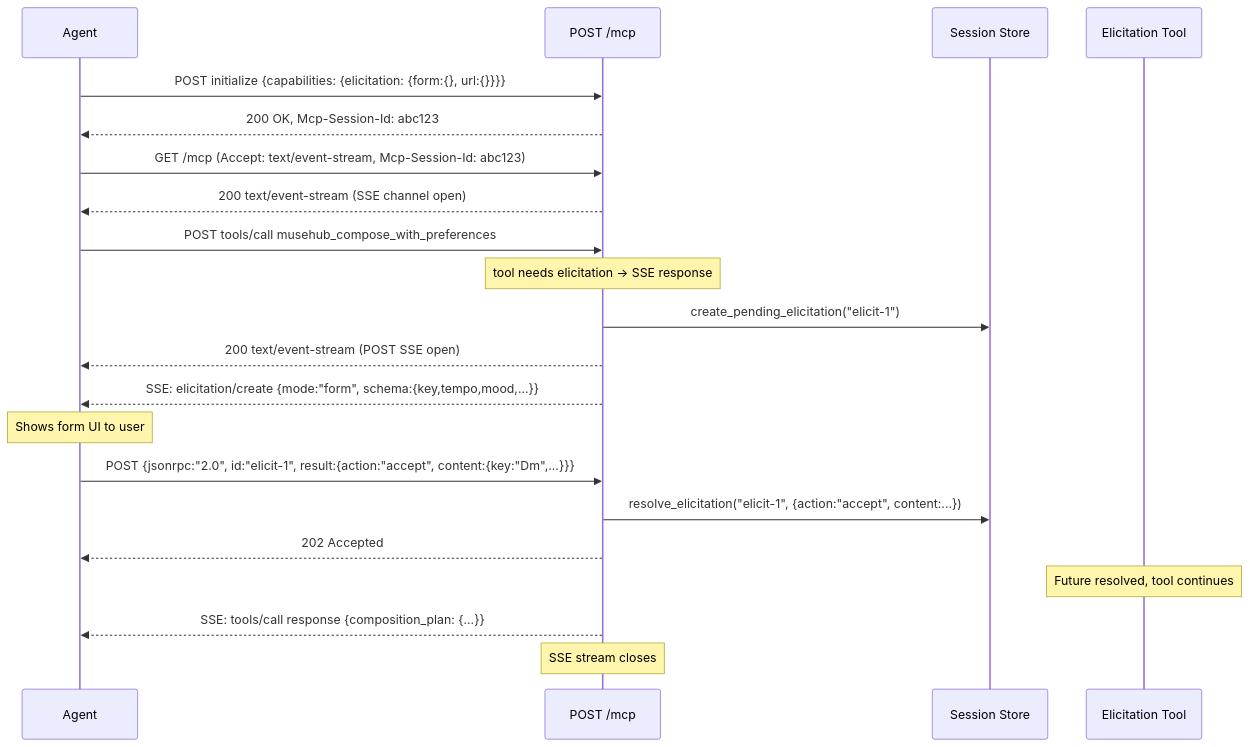
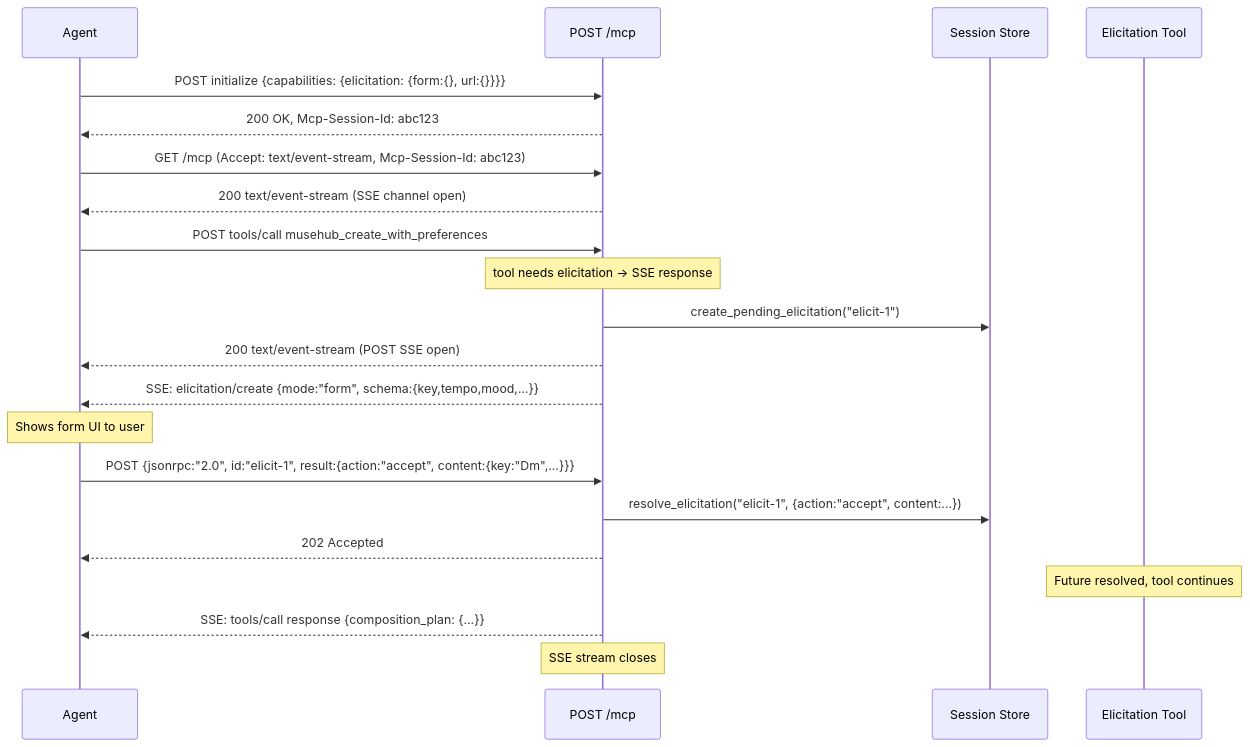
The fourth of 5 diagrams in docs/reference/mcp.md (cgcardona/musehub), drawn with Mermaid before and after one commit. The commit also changed other lines of this file and 13 other files, not shown here.

First line of the commit message:
refactor(mcp): prune tool catalogue to 40 tools, 10 prompts; add owner/slug addressing

````diff
--- a/docs/reference/mcp.md
+++ b/docs/reference/mcp.md
@@ -1279,30 +1446,30 @@
 ```mermaid
 sequenceDiagram
     participant Agent
     participant MCP as POST /mcp
     participant Session as Session Store
     participant Tool as Elicitation Tool
 
     Agent->>MCP: POST initialize {capabilities: {elicitation: {form:{}, url:{}}}}
     MCP-->>Agent: 200 OK, Mcp-Session-Id: abc123
 
     Agent->>MCP: GET /mcp (Accept: text/event-stream, Mcp-Session-Id: abc123)
     MCP-->>Agent: 200 text/event-stream (SSE channel open)
 
-    Agent->>MCP: POST tools/call musehub_compose_with_preferences
+    Agent->>MCP: POST tools/call musehub_create_with_preferences
     Note over MCP: tool needs elicitation → SSE response
     MCP->>Session: create_pending_elicitation("elicit-1")
     MCP-->>Agent: 200 text/event-stream (POST SSE open)
     MCP-->>Agent: SSE: elicitation/create {mode:"form", schema:{key,tempo,mood,...}}
 
     Note over Agent: Shows form UI to user
 
     Agent->>MCP: POST {jsonrpc:"2.0", id:"elicit-1", result:{action:"accept", content:{key:"Dm",...}}}
     MCP->>Session: resolve_elicitation("elicit-1", {action:"accept", content:...})
     MCP-->>Agent: 202 Accepted
 
     Note over Tool: Future resolved, tool continues
 
     MCP-->>Agent: SSE: tools/call response {composition_plan: {...}}
     Note over MCP: SSE stream closes
 ```
````
